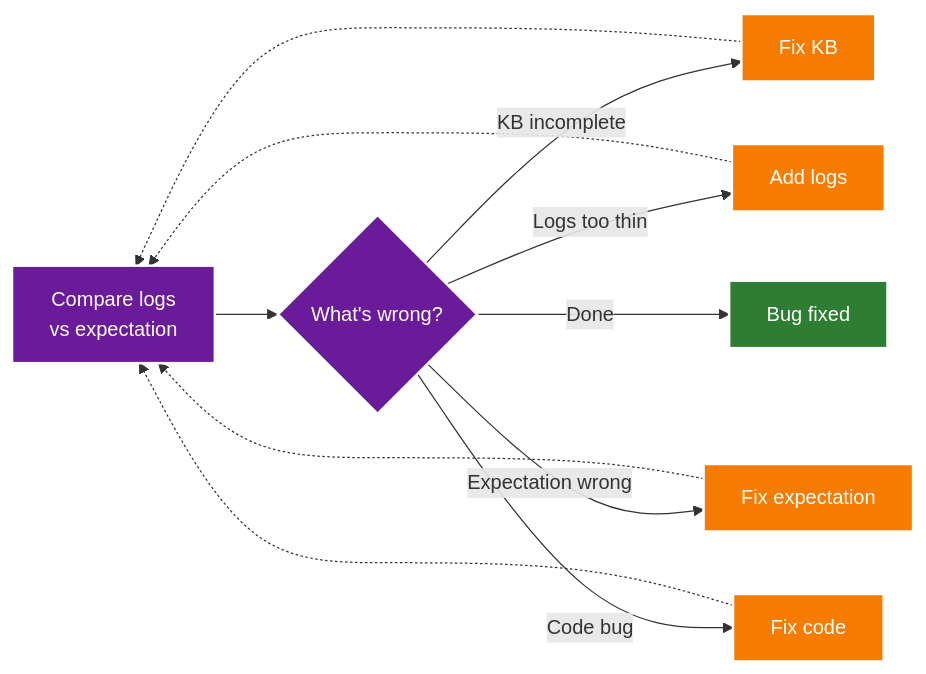
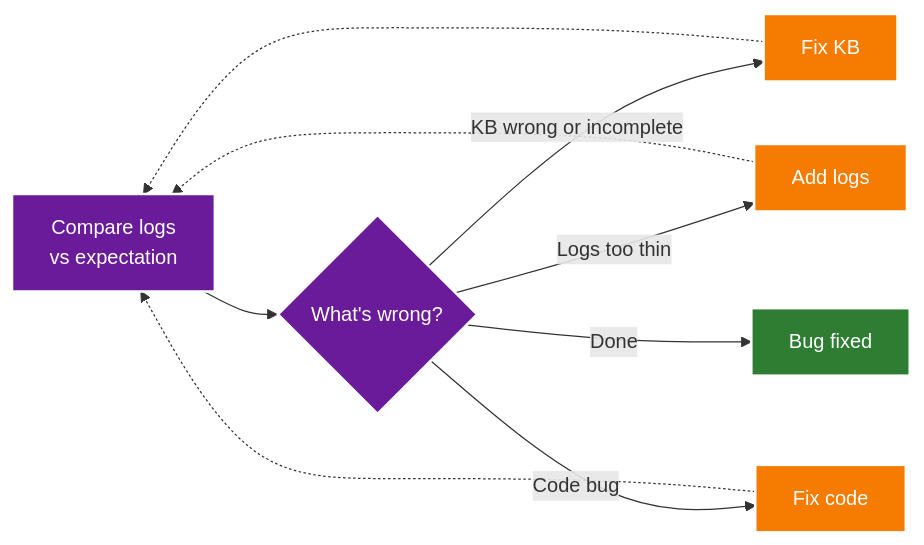
One commit to jacoby149/web10 changed the fourth of 4 diagrams in knowledge/knowledge-theories/ai-use-theory/ai-use-theory.md. Above: the diagram before and after it, drawn with Mermaid.

Commit message:
docs: collapse 'fix expectation' into 'fix KB'

````diff
--- a/knowledge/knowledge-theories/ai-use-theory/ai-use-theory.md
+++ b/knowledge/knowledge-theories/ai-use-theory/ai-use-theory.md
@@ -141,26 +141,23 @@
 ```mermaid
 flowchart LR
     COMPARE["Compare logs\nvs expectation"] --> FIND{"What's wrong?"}
-    FIND -- KB incomplete --> FIX_KB["Fix KB"]
+    FIND -- KB wrong or incomplete --> FIX_KB["Fix KB"]
     FIND -- Logs too thin --> FIX_LOGS["Add logs"]
-    FIND -- Expectation wrong --> FIX_EXP["Fix expectation"]
     FIND -- Code bug --> FIX_CODE["Fix code"]
     FIND -- Done --> DONE["Bug fixed"]
 
     FIX_KB -.-> COMPARE
     FIX_LOGS -.-> COMPARE
-    FIX_EXP -.-> COMPARE
     FIX_CODE -.-> COMPARE
 
     classDef compare fill:#6a1b9a,color:#fff,stroke:#fff,stroke-width:2px
     classDef action fill:#f57c00,color:#fff,stroke:#fff,stroke-width:2px
     classDef ok fill:#2e7d32,color:#fff,stroke:#fff,stroke-width:2px
 
     class COMPARE compare
     class FIND compare
     class FIX_KB action
     class FIX_LOGS action
-    class FIX_EXP action
     class FIX_CODE action
     class DONE ok
 ```
````
